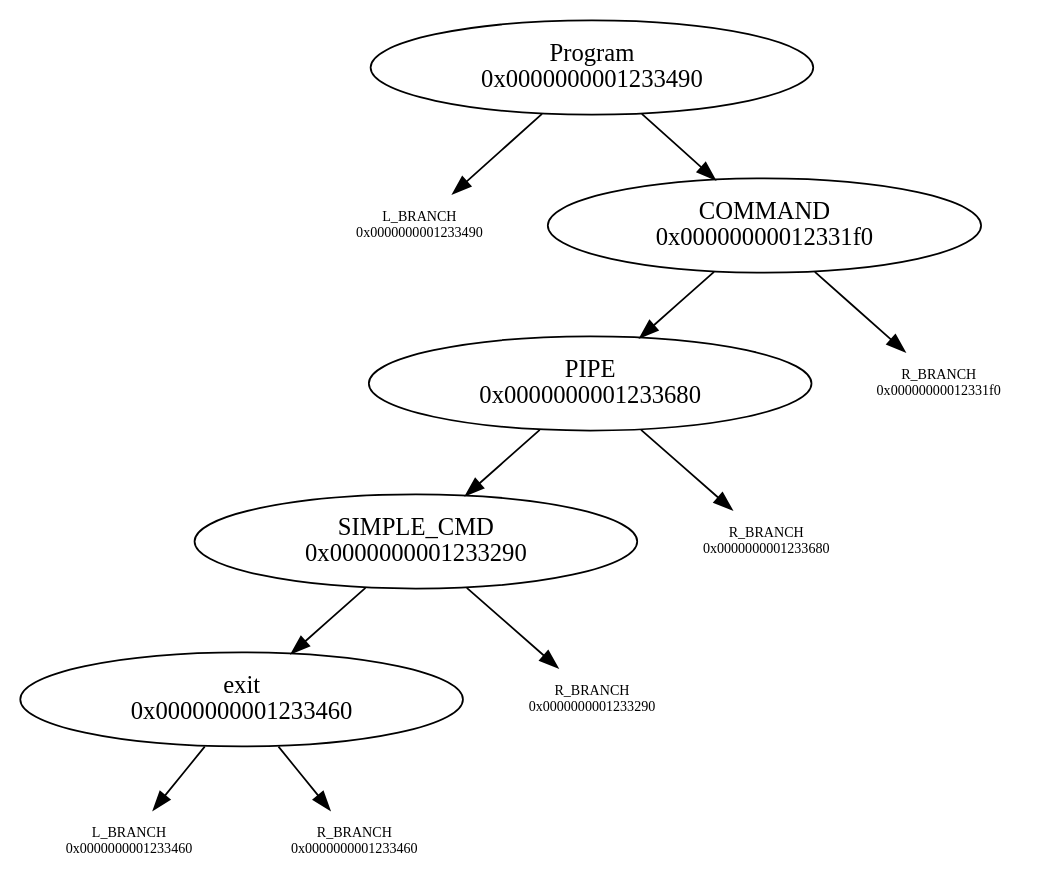
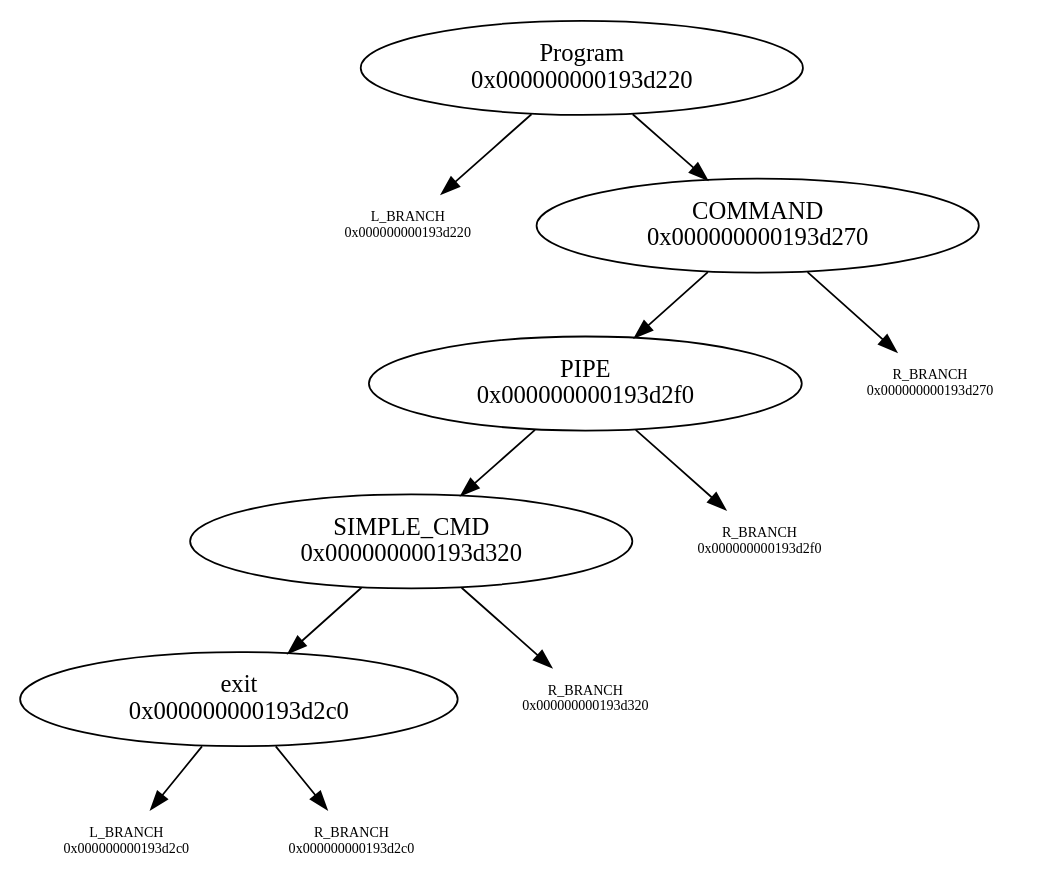
One commit to N-4-Nina/Minishell changed the diagram in graph.dot. Above: the diagram before and after it, drawn with Graphviz. The commit also changed 21 other files, not shown here.

```diff
--- a/graph.dot
+++ b/graph.dot
@@ -1,19 +1,19 @@
 digraph graphname {
-"Program\n0x0000000001233490" -> "L_BRANCH\n0x0000000001233490";
-"L_BRANCH\n0x0000000001233490" [shape=none fontsize=8]
-"Program\n0x0000000001233490" -> "COMMAND\n0x00000000012331f0";
-"COMMAND\n0x00000000012331f0" -> "PIPE\n0x0000000001233680";
-"COMMAND\n0x00000000012331f0" -> "R_BRANCH\n0x00000000012331f0";
-"R_BRANCH\n0x00000000012331f0" [shape=none fontsize=8]
-"PIPE\n0x0000000001233680" -> "SIMPLE_CMD\n0x0000000001233290";
-"PIPE\n0x0000000001233680" -> "R_BRANCH\n0x0000000001233680";
-"R_BRANCH\n0x0000000001233680" [shape=none fontsize=8]
-"SIMPLE_CMD\n0x0000000001233290" -> "exit\n0x0000000001233460";
-"SIMPLE_CMD\n0x0000000001233290" -> "R_BRANCH\n0x0000000001233290";
-"R_BRANCH\n0x0000000001233290" [shape=none fontsize=8]
-"exit\n0x0000000001233460" -> "L_BRANCH\n0x0000000001233460";
-"L_BRANCH\n0x0000000001233460" [shape=none fontsize=8]
-"exit\n0x0000000001233460" -> "R_BRANCH\n0x0000000001233460";
-"R_BRANCH\n0x0000000001233460" [shape=none fontsize=8]
+"Program\n0x000000000193d220" -> "L_BRANCH\n0x000000000193d220";
+"L_BRANCH\n0x000000000193d220" [shape=none fontsize=8]
+"Program\n0x000000000193d220" -> "COMMAND\n0x000000000193d270";
+"COMMAND\n0x000000000193d270" -> "PIPE\n0x000000000193d2f0";
+"COMMAND\n0x000000000193d270" -> "R_BRANCH\n0x000000000193d270";
+"R_BRANCH\n0x000000000193d270" [shape=none fontsize=8]
+"PIPE\n0x000000000193d2f0" -> "SIMPLE_CMD\n0x000000000193d320";
+"PIPE\n0x000000000193d2f0" -> "R_BRANCH\n0x000000000193d2f0";
+"R_BRANCH\n0x000000000193d2f0" [shape=none fontsize=8]
+"SIMPLE_CMD\n0x000000000193d320" -> "exit\n0x000000000193d2c0";
+"SIMPLE_CMD\n0x000000000193d320" -> "R_BRANCH\n0x000000000193d320";
+"R_BRANCH\n0x000000000193d320" [shape=none fontsize=8]
+"exit\n0x000000000193d2c0" -> "L_BRANCH\n0x000000000193d2c0";
+"L_BRANCH\n0x000000000193d2c0" [shape=none fontsize=8]
+"exit\n0x000000000193d2c0" -> "R_BRANCH\n0x000000000193d2c0";
+"R_BRANCH\n0x000000000193d2c0" [shape=none fontsize=8]
 
 }
```
